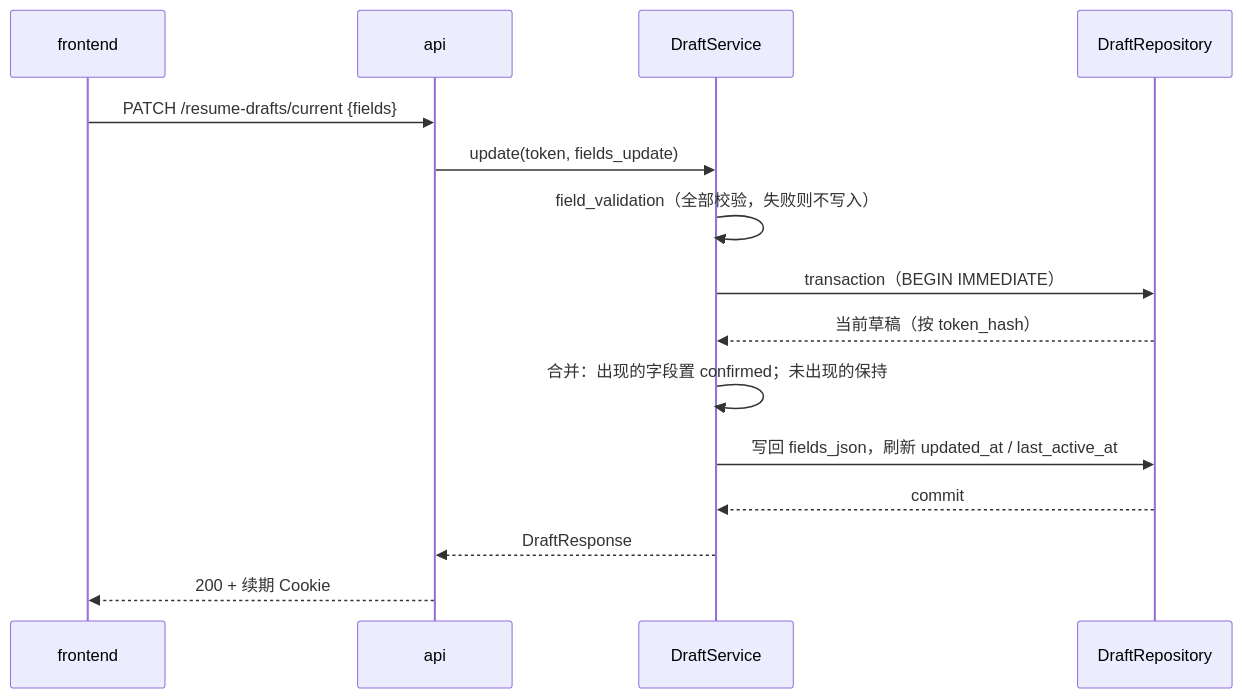
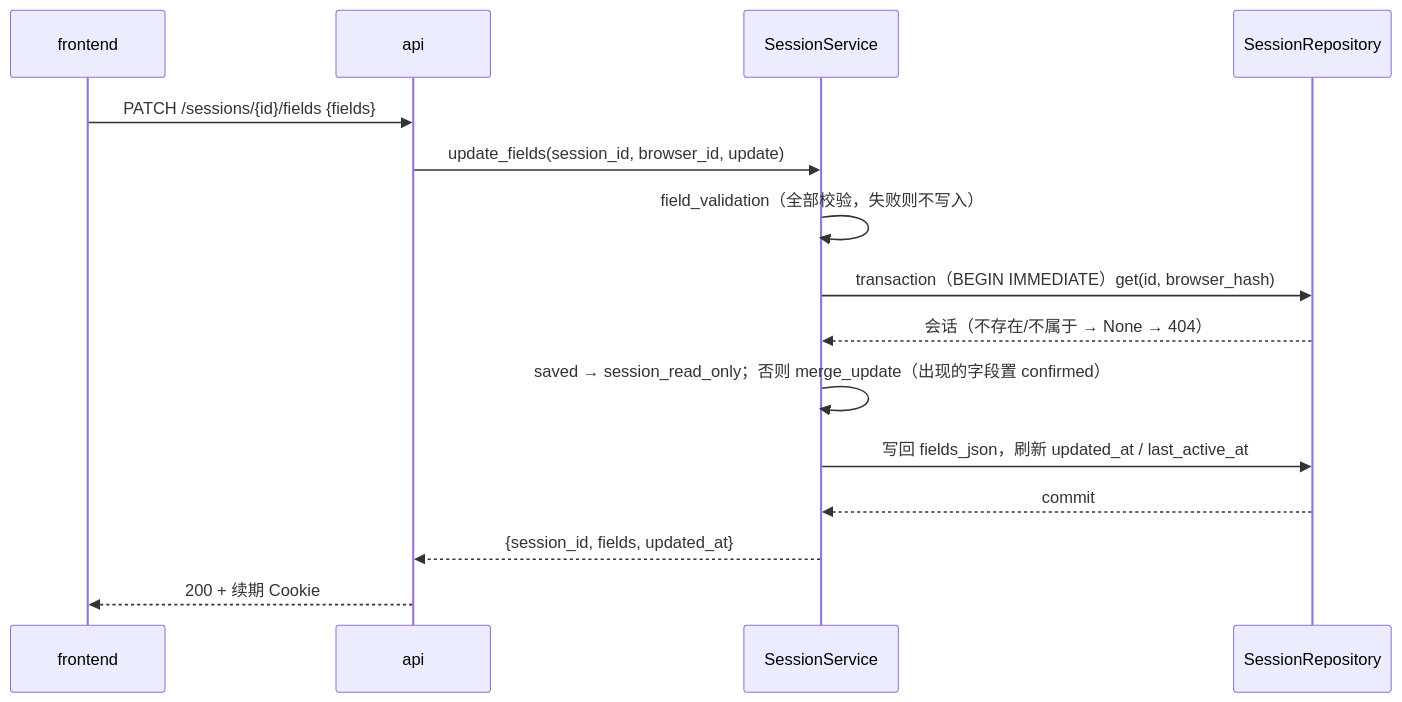
The fourth of 9 diagrams in backend-docs/HR_PR-1/04_design/design.md (Bohamnan/Loopforge-use-demo), drawn with Mermaid before and after one commit. The commit also changed other lines of this file and 2 other files, not shown here.

````diff
--- a/backend-docs/HR_PR-1/04_design/design.md
+++ b/backend-docs/HR_PR-1/04_design/design.md
@@ -275,17 +306,17 @@
 ```mermaid
 sequenceDiagram
     participant FE as frontend
     participant API as api
-    participant DS as DraftService
-    participant DR as DraftRepository
-    FE->>API: PATCH /resume-drafts/current {fields}
-    API->>DS: update(token, fields_update)
-    DS->>DS: field_validation（全部校验，失败则不写入）
-    DS->>DR: transaction（BEGIN IMMEDIATE）
-    DR-->>DS: 当前草稿（按 token_hash）
-    DS->>DS: 合并：出现的字段置 confirmed；未出现的保持
-    DS->>DR: 写回 fields_json，刷新 updated_at / last_active_at
-    DR-->>DS: commit
-    DS-->>API: DraftResponse
+    participant SS as SessionService
+    participant SR as SessionRepository
+    FE->>API: PATCH /sessions/{id}/fields {fields}
+    API->>SS: update_fields(session_id, browser_id, update)
+    SS->>SS: field_validation（全部校验，失败则不写入）
+    SS->>SR: transaction（BEGIN IMMEDIATE）get(id, browser_hash)
+    SR-->>SS: 会话（不存在/不属于 → None → 404）
+    SS->>SS: saved → session_read_only；否则 merge_update（出现的字段置 confirmed）
+    SS->>SR: 写回 fields_json，刷新 updated_at / last_active_at
+    SR-->>SS: commit
+    SS-->>API: {session_id, fields, updated_at}
     API-->>FE: 200 + 续期 Cookie
 ```
````
